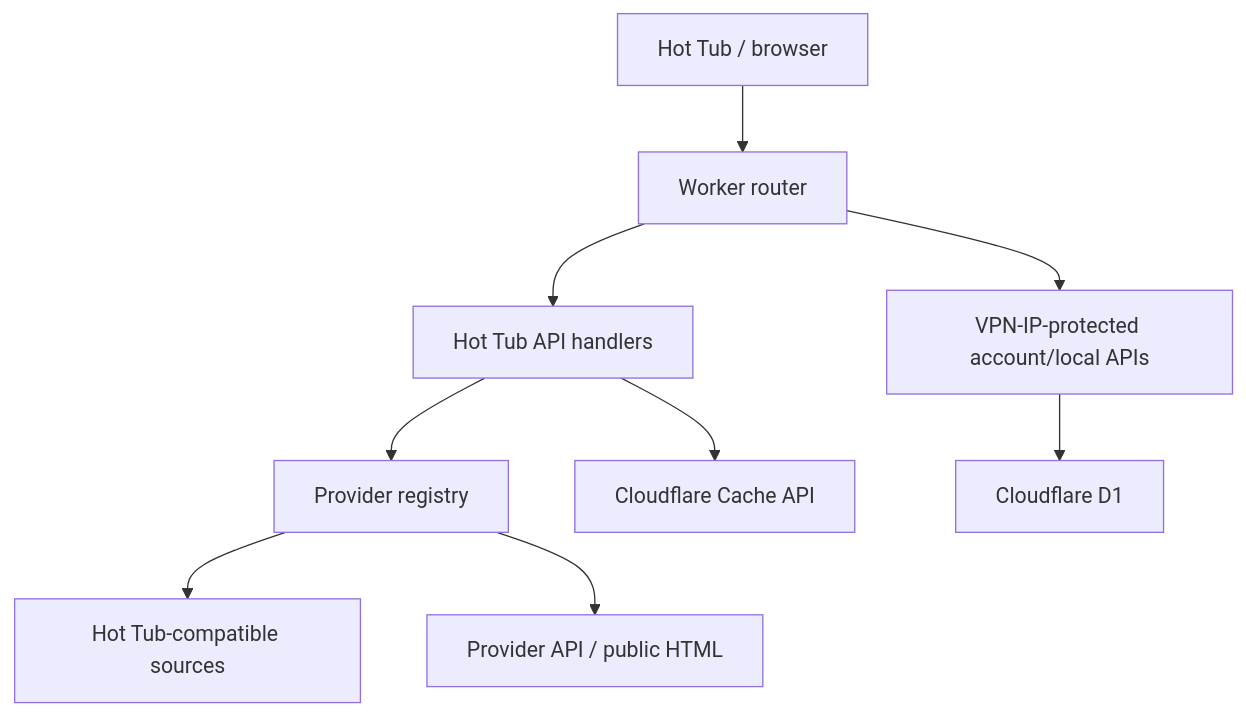
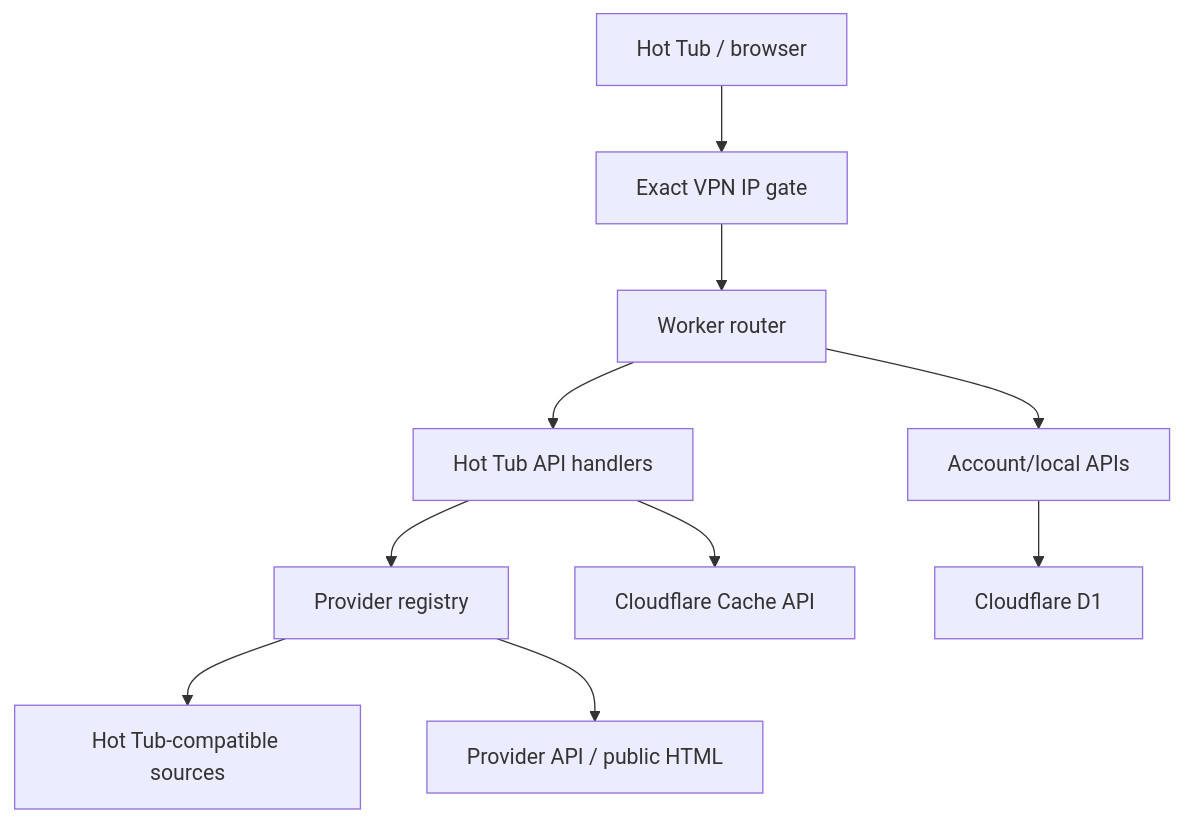
One commit to Nexus-Joe-Kane/NetKit changed the diagram in docs/architecture.md. Above: the diagram before and after it, drawn with Mermaid. The commit also changed other lines of this file and 12 other files, not shown here.

````diff
--- a/docs/architecture.md
+++ b/docs/architecture.md
@@ -9,11 +9,12 @@
 ```mermaid
 flowchart TD
-  Client["Hot Tub / browser"] --> Router["Worker router"]
+  Client["Hot Tub / browser"] --> Gate["Exact VPN IP gate"]
+  Gate --> Router["Worker router"]
   Router --> Protocol["Hot Tub API handlers"]
   Protocol --> Registry["Provider registry"]
   Registry --> Federation["Hot Tub-compatible sources"]
   Registry --> Catalogues["Provider API / public HTML"]
-  Router --> Private["VPN-IP-protected account/local APIs"]
+  Router --> Private["Account/local APIs"]
   Private --> D1["Cloudflare D1"]
   Protocol --> Cache["Cloudflare Cache API"]
 ```
````
